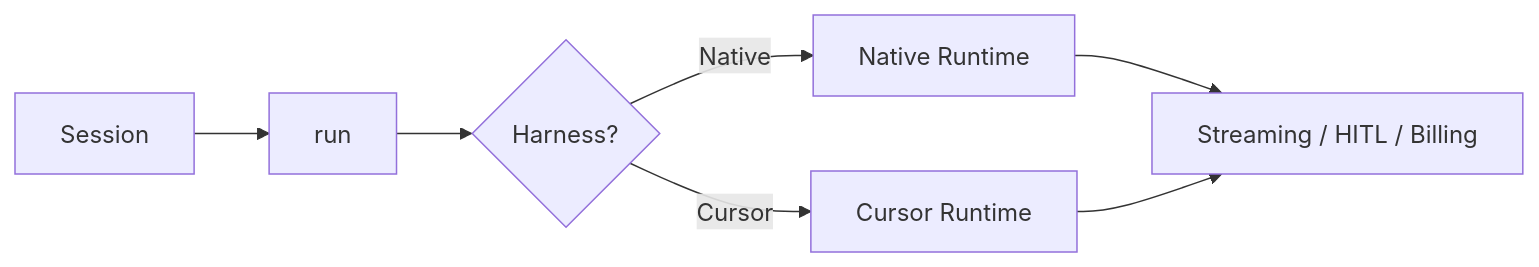
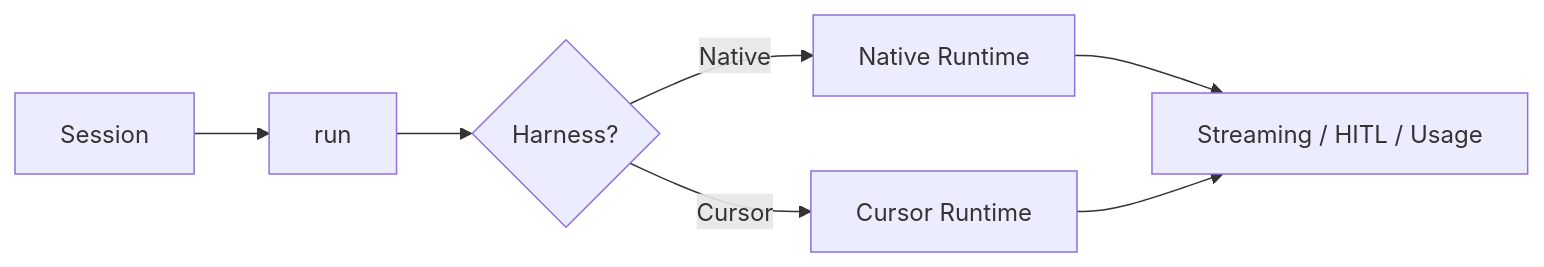
The diagram in docs/concepts/harnesses.mdx (stigmer/stigmer), drawn with Mermaid before and after one commit. The commit also changed other lines of this file and 507 other files, not shown here.

````diff
--- a/docs/concepts/harnesses.mdx
+++ b/docs/concepts/harnesses.mdx
@@ -124,9 +124,9 @@
 ```mermaid
 flowchart LR
   S["Session"] --> R["run"]
   R --> D{Harness?}
   D -->|Native| EG["Native Runtime"]
   D -->|Cursor| EC["Cursor Runtime"]
-  EG --> P["Streaming / HITL / Billing"]
+  EG --> P["Streaming / HITL / Usage"]
   EC --> P
 ```
````
